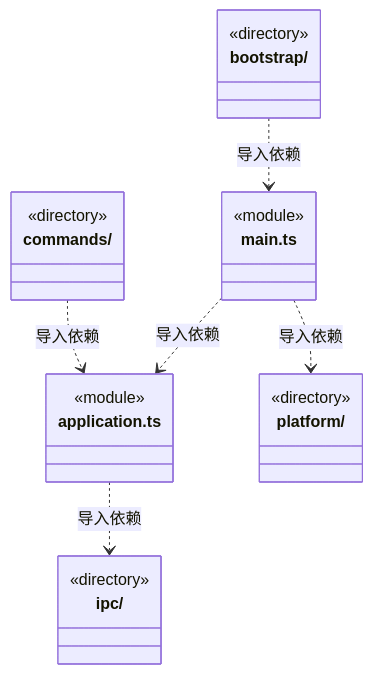
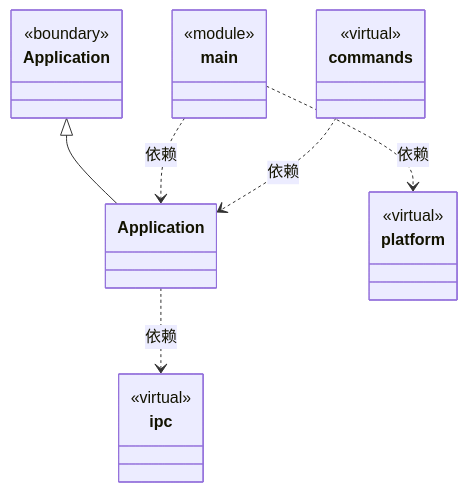
The first of 2 diagrams in src/bridge/server/ARCHITECTURE.md (nan023062/cbim), drawn with Mermaid before and after one commit. The commit also changed other lines of this file and 158 other files, not shown here.

Commit message:
docs: model architecture through nested virtual encapsulations

````diff
--- a/src/bridge/server/ARCHITECTURE.md
+++ b/src/bridge/server/ARCHITECTURE.md
@@ -66,26 +24,30 @@
 ```mermaid
 classDiagram
-class N_src_bridge_server_bootstrap["bootstrap/"] {
-  <<directory>>
+class N_02712c31a780["Application"]
+click N_02712c31a780 href "application.ts"
+class N_b6fdf2b28c34["ipc"] {
+  <<virtual>>
 }
-class N_src_bridge_server_commands["commands/"] {
-  <<directory>>
+click N_b6fdf2b28c34 href "ipc/ARCHITECTURE.md"
+class N_a0da45b021bd["Application"] {
+  <<boundary>>
 }
-class N_src_bridge_server_ipc["ipc/"] {
-  <<directory>>
-}
-class N_src_bridge_server_platform["platform/"] {
-  <<directory>>
-}
-class N_src_bridge_server_application_ts["application.ts"] {
+click N_a0da45b021bd href "../../logic/application/application.ts"
+class N_d64b59b23e98["main"] {
   <<module>>
 }
-class N_src_bridge_server_main_ts["main.ts"] {
-  <<module>>
+click N_d64b59b23e98 href "main.ts"
+class N_272fcdbbcdcb["commands"] {
+  <<virtual>>
 }
-N_src_bridge_server_application_ts ..> N_src_bridge_server_ipc : 导入依赖
-N_src_bridge_server_bootstrap ..> N_src_bridge_server_main_ts : 导入依赖
-N_src_bridge_server_commands ..> N_src_bridge_server_application_ts : 导入依赖
-N_src_bridge_server_main_ts ..> N_src_bridge_server_application_ts : 导入依赖
-N_src_bridge_server_main_ts ..> N_src_bridge_server_platform : 导入依赖
+click N_272fcdbbcdcb href "commands/ARCHITECTURE.md"
+class N_399588f8ad5e["platform"] {
+  <<virtual>>
+}
+click N_399588f8ad5e href "platform/ARCHITECTURE.md"
+N_02712c31a780 ..> N_b6fdf2b28c34 : 依赖
+N_a0da45b021bd <|-- N_02712c31a780
+N_d64b59b23e98 ..> N_02712c31a780 : 依赖
+N_d64b59b23e98 ..> N_399588f8ad5e : 依赖
+N_272fcdbbcdcb ..> N_02712c31a780 : 依赖
 ```
````
